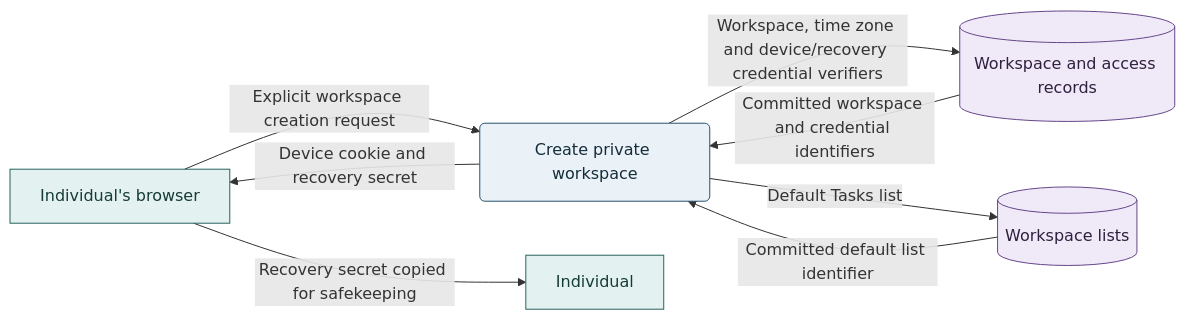
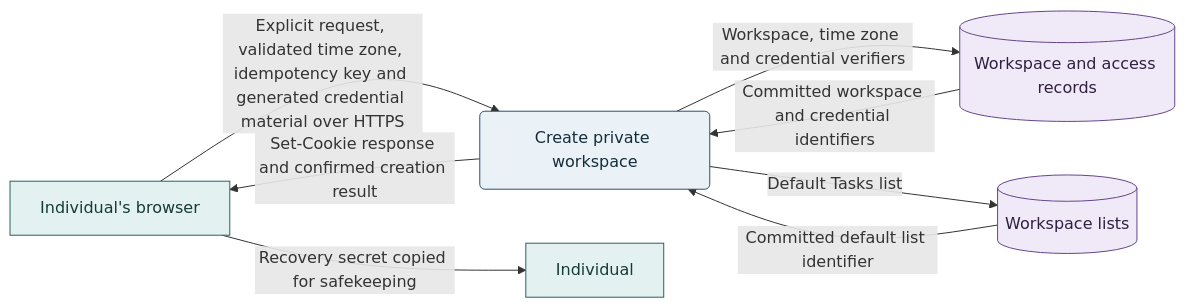
The second of 7 diagrams in task-manager-architecture.md (j0hnnymiller/20261109-aiasd-brown), drawn with Mermaid before and after one commit. The commit also changed other lines of this file and 8 other files, not shown here.

````diff
--- a/task-manager-architecture.md
+++ b/task-manager-architecture.md
@@ -214,16 +230,16 @@
 ```mermaid
 flowchart LR
-    browser["Individual's browser"] -->|Explicit workspace creation request| create("Create private workspace")
-    create -->|Workspace, time zone and device/recovery credential verifiers| store[("Workspace and access records")]
+    browser["Individual's browser"] -->|Explicit request, validated time zone, idempotency key and generated credential material over HTTPS| create("Create private workspace")
+    create -->|Workspace, time zone and credential verifiers| store[("Workspace and access records")]
     create -->|Default Tasks list| lists[("Workspace lists")]
     lists -->|Committed default list identifier| create
     store -->|Committed workspace and credential identifiers| create
-    create -->|Device cookie and recovery secret| browser
+    create -->|Set-Cookie response and confirmed creation result| browser
     browser -->|Recovery secret copied for safekeeping| user["Individual"]
     classDef client fill:#E3F2F1,stroke:#28635E,color:#163A37
     classDef application fill:#EAF2F8,stroke:#28536B,color:#152D3A
     classDef storage fill:#F0EAF8,stroke:#65468A,color:#302040
     class browser,user client
     class create application
     class store,lists storage
 ```
````
